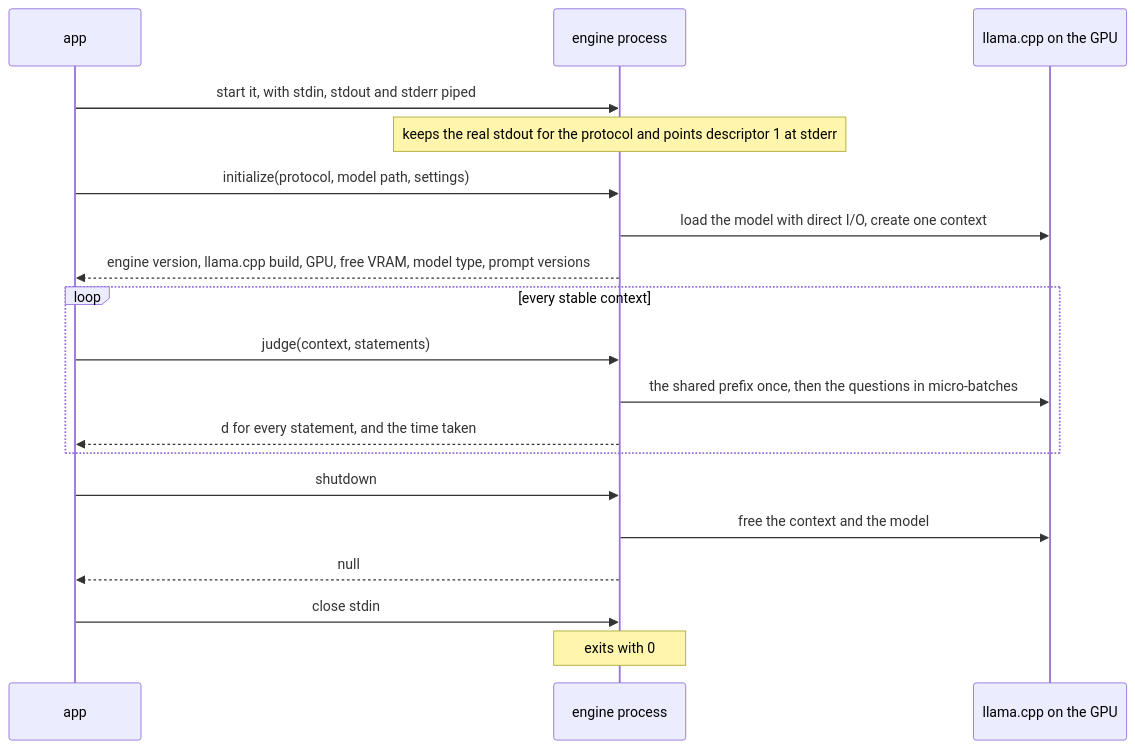
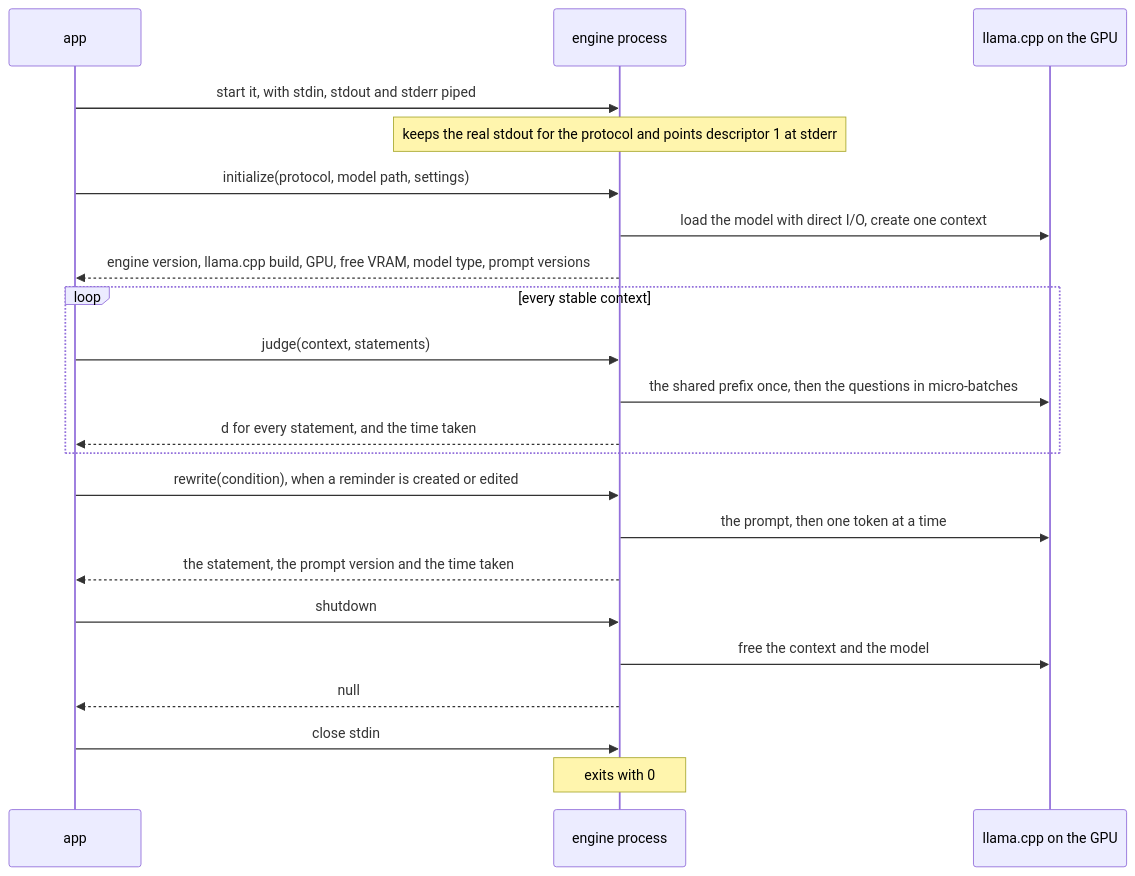
The first of 2 diagrams in docs/design/engine.md (devfrx/jiffin), drawn with Mermaid before and after one commit. The commit also changed other lines of this file and 10 other files, not shown here.

````diff
--- a/docs/design/engine.md
+++ b/docs/design/engine.md
@@ -12,22 +14,25 @@
 ```mermaid
 sequenceDiagram
     participant A as app
     participant E as engine process
     participant L as llama.cpp on the GPU
 
     A->>E: start it, with stdin, stdout and stderr piped
     Note over E: keeps the real stdout for the protocol and points descriptor 1 at stderr
     A->>E: initialize(protocol, model path, settings)
     E->>L: load the model with direct I/O, create one context
     E-->>A: engine version, llama.cpp build, GPU, free VRAM, model type, prompt versions
     loop every stable context
         A->>E: judge(context, statements)
         E->>L: the shared prefix once, then the questions in micro-batches
         E-->>A: d for every statement, and the time taken
     end
+    A->>E: rewrite(condition), when a reminder is created or edited
+    E->>L: the prompt, then one token at a time
+    E-->>A: the statement, the prompt version and the time taken
     A->>E: shutdown
     E->>L: free the context and the model
     E-->>A: null
     A->>E: close stdin
     Note over E: exits with 0
 ```
````
